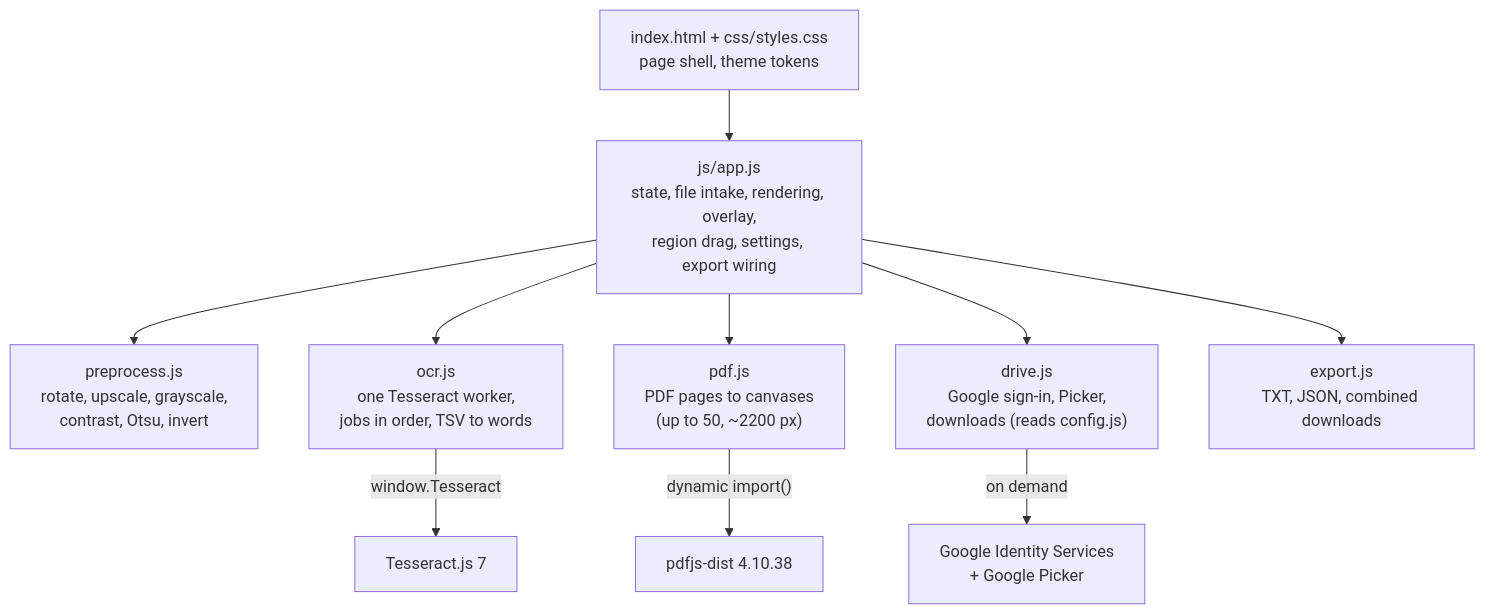
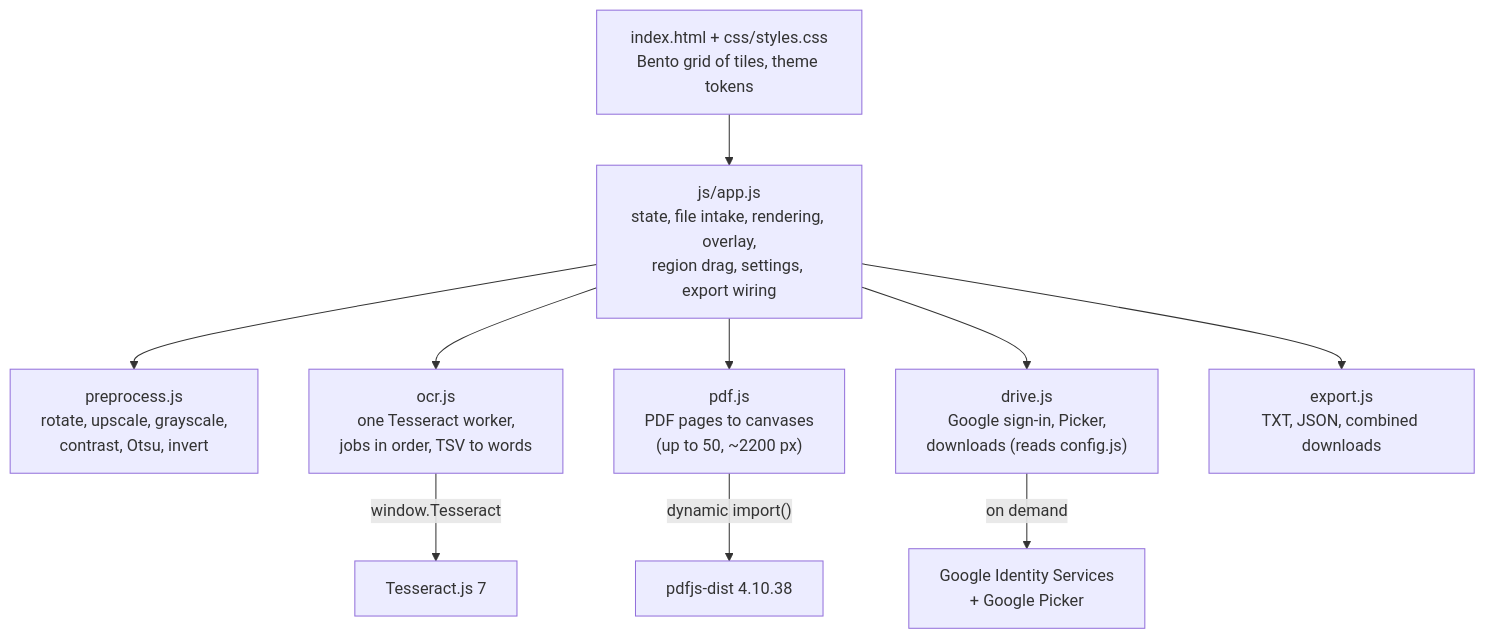
One commit to bharathdrive-ai/imageRecognition changed the second of 3 diagrams in ARCHITECTURE.md. Above: the diagram before and after it, drawn with Mermaid. The commit also changed other lines of this file, not shown here.

Commit message:
docs: describe the Bento Grid layout in ARCHITECTURE.md

````diff
--- a/ARCHITECTURE.md
+++ b/ARCHITECTURE.md
@@ -42,12 +42,12 @@
 ```mermaid
 flowchart TB
-    index["index.html + css/styles.css<br/>page shell, theme tokens"] --> app["js/app.js<br/>state, file intake, rendering, overlay,<br/>region drag, settings, export wiring"]
+    index["index.html + css/styles.css<br/>Bento grid of tiles, theme tokens"] --> app["js/app.js<br/>state, file intake, rendering, overlay,<br/>region drag, settings, export wiring"]
     app --> pre["preprocess.js<br/>rotate, upscale, grayscale,<br/>contrast, Otsu, invert"]
     app --> ocr["ocr.js<br/>one Tesseract worker,<br/>jobs in order, TSV to words"]
     app --> pdf["pdf.js<br/>PDF pages to canvases<br/>(up to 50, ~2200 px)"]
     app --> drive["drive.js<br/>Google sign-in, Picker,<br/>downloads (reads config.js)"]
     app --> exp["export.js<br/>TXT, JSON, combined downloads"]
     ocr -- "window.Tesseract" --> tess["Tesseract.js 7"]
     pdf -- "dynamic import()" --> pdfjs["pdfjs-dist 4.10.38"]
     drive -- "on demand" --> google["Google Identity Services<br/>+ Google Picker"]
 ```
````
